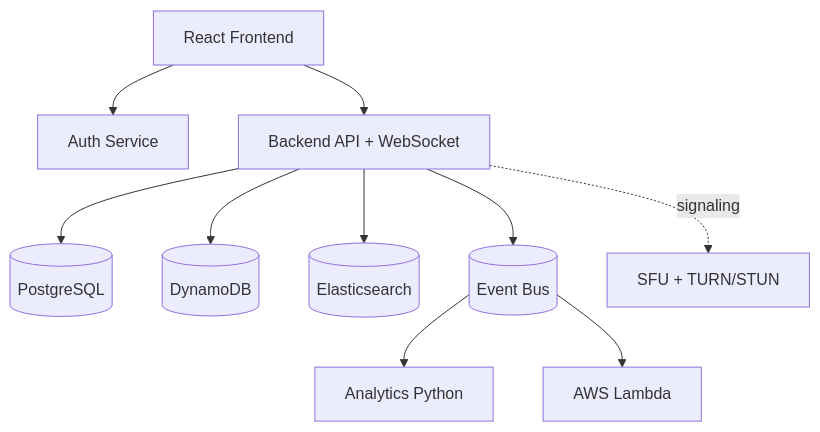
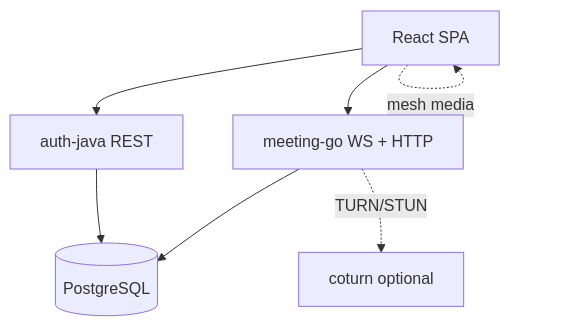
Before and after one commit to Neeraj123Singh/LetsGo: the diagram in docs/video-meeting-app/README.md, drawn with Mermaid. The commit also changed other lines of this file and 18 other files, not shown here.

````diff
--- a/docs/video-meeting-app/README.md
+++ b/docs/video-meeting-app/README.md
@@ -32,12 +32,9 @@
 ```mermaid
 flowchart TD
-    FE[React Frontend] --> AUTH[Auth Service]
-    FE --> API[Backend API + WebSocket]
-    API --> PG[(PostgreSQL)]
-    API --> DDB[(DynamoDB)]
-    API --> ES[(Elasticsearch)]
-    API --> BUS[(Event Bus)]
-    BUS --> AN[Analytics Python]
-    BUS --> LMB[AWS Lambda]
-    API -. signaling .-> SFU[SFU + TURN/STUN]
+    FE[React SPA] --> AUTH[auth-java REST]
+    FE --> MTG[meeting-go WS + HTTP]
+    AUTH --> PG[(PostgreSQL)]
+    MTG --> PG
+    FE -. mesh media .-> FE
+    MTG -. TURN/STUN .-> TURN[coturn optional]
 ```
````
